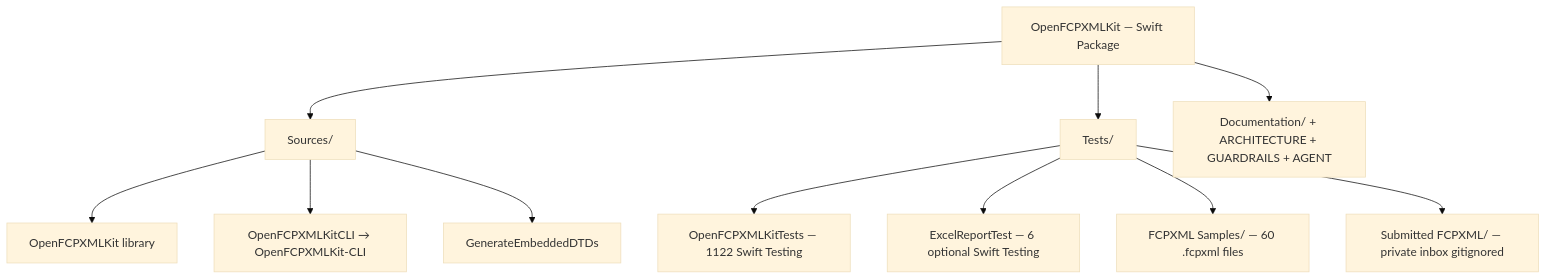
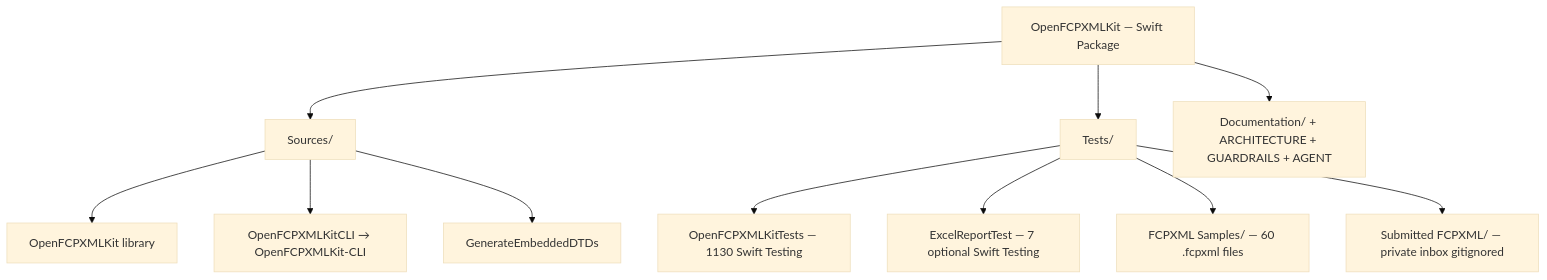
One commit to TheAcharya/OpenFCPXMLKit changed the first of 6 diagrams in ARCHITECTURE.md. Above: the diagram before and after it, drawn with Mermaid (base theme). The commit also changed other lines of this file and 31 other files, not shown here.

````diff
--- a/ARCHITECTURE.md
+++ b/ARCHITECTURE.md
@@ -208,17 +209,17 @@
 ```mermaid
 flowchart TB
     Pkg["OpenFCPXMLKit — Swift Package"]
 
     Pkg --> SRC["Sources/"]
     Pkg --> TST["Tests/"]
     Pkg --> DOC["Documentation/ + ARCHITECTURE + GUARDRAILS + AGENT"]
 
     SRC --> LIB["OpenFCPXMLKit library"]
     SRC --> CLI["OpenFCPXMLKitCLI → OpenFCPXMLKit-CLI"]
     SRC --> GEN["GenerateEmbeddedDTDs"]
 
-    TST --> OKT["OpenFCPXMLKitTests — 1122 Swift Testing"]
-    TST --> ERT["ExcelReportTest — 6 optional Swift Testing"]
+    TST --> OKT["OpenFCPXMLKitTests — 1130 Swift Testing"]
+    TST --> ERT["ExcelReportTest — 7 optional Swift Testing"]
     TST --> SMP["FCPXML Samples/ — 60 .fcpxml files"]
     TST --> SUB["Submitted FCPXML/ — private inbox gitignored"]
 ```
````
